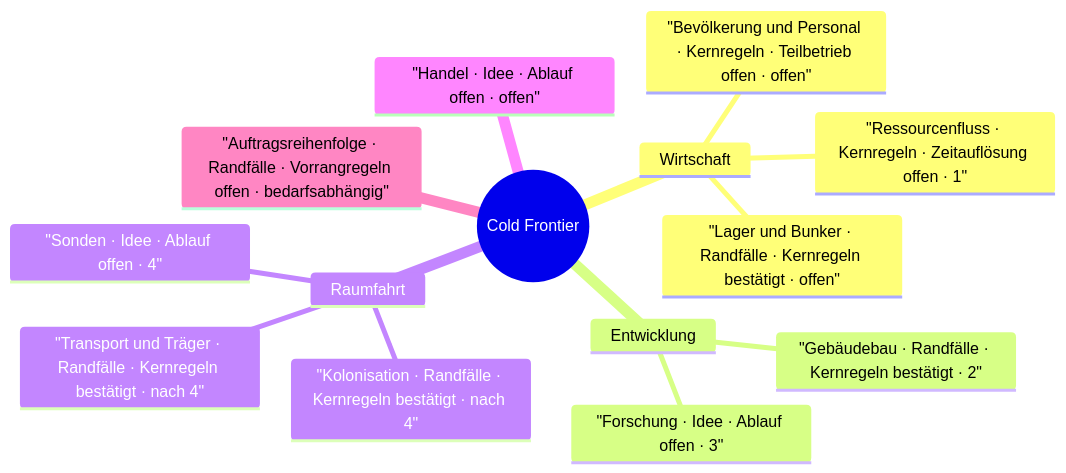
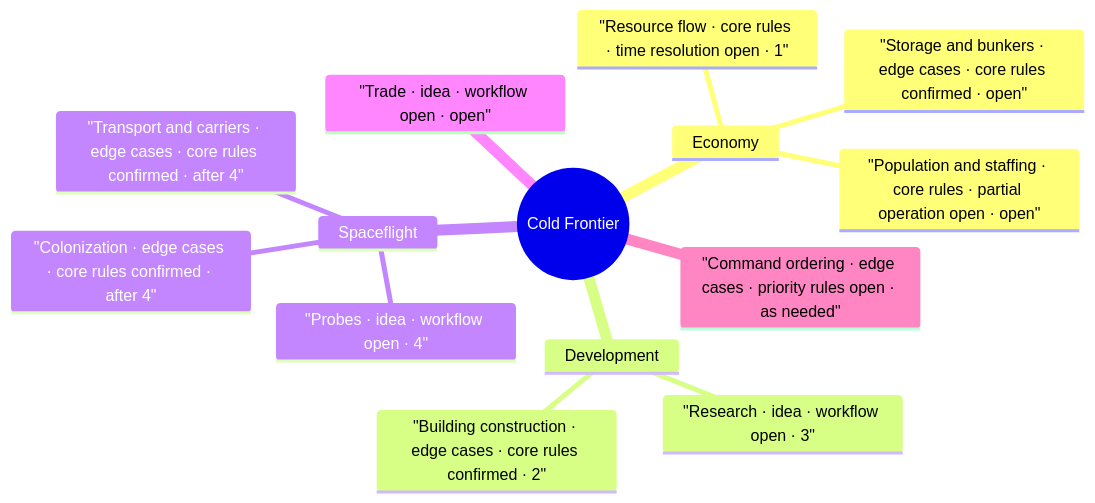
The diagram in doc/game-design/project-stages.md (bwoester/cold-frontier), drawn with Mermaid before and after one commit. The commit also changed other lines of this file and 27 other files, not shown here.

````diff
--- a/doc/game-design/project-stages.md
+++ b/doc/game-design/project-stages.md
@@ -26,17 +34,17 @@
 ```mermaid
 mindmap
   root((Cold Frontier))
-    Wirtschaft
-      "Ressourcenfluss · Kernregeln · Zeitauflösung offen · 1"
-      "Bevölkerung und Personal · Kernregeln · Teilbetrieb offen · offen"
-      "Lager und Bunker · Randfälle · Kernregeln bestätigt · offen"
-    Entwicklung
-      "Gebäudebau · Randfälle · Kernregeln bestätigt · 2"
-      "Forschung · Idee · Ablauf offen · 3"
-    Raumfahrt
-      "Sonden · Idee · Ablauf offen · 4"
-      "Kolonisation · Randfälle · Kernregeln bestätigt · nach 4"
-      "Transport und Träger · Randfälle · Kernregeln bestätigt · nach 4"
-    "Handel · Idee · Ablauf offen · offen"
-    "Auftragsreihenfolge · Randfälle · Vorrangregeln offen · bedarfsabhängig"
+    Economy
+      "Resource flow · core rules · time resolution open · 1"
+      "Population and staffing · core rules · partial operation open · open"
+      "Storage and bunkers · edge cases · core rules confirmed · open"
+    Development
+      "Building construction · edge cases · core rules confirmed · 2"
+      "Research · idea · workflow open · 3"
+    Spaceflight
+      "Probes · idea · workflow open · 4"
+      "Colonization · edge cases · core rules confirmed · after 4"
+      "Transport and carriers · edge cases · core rules confirmed · after 4"
+    "Trade · idea · workflow open · open"
+    "Command ordering · edge cases · priority rules open · as needed"
 ```
````
